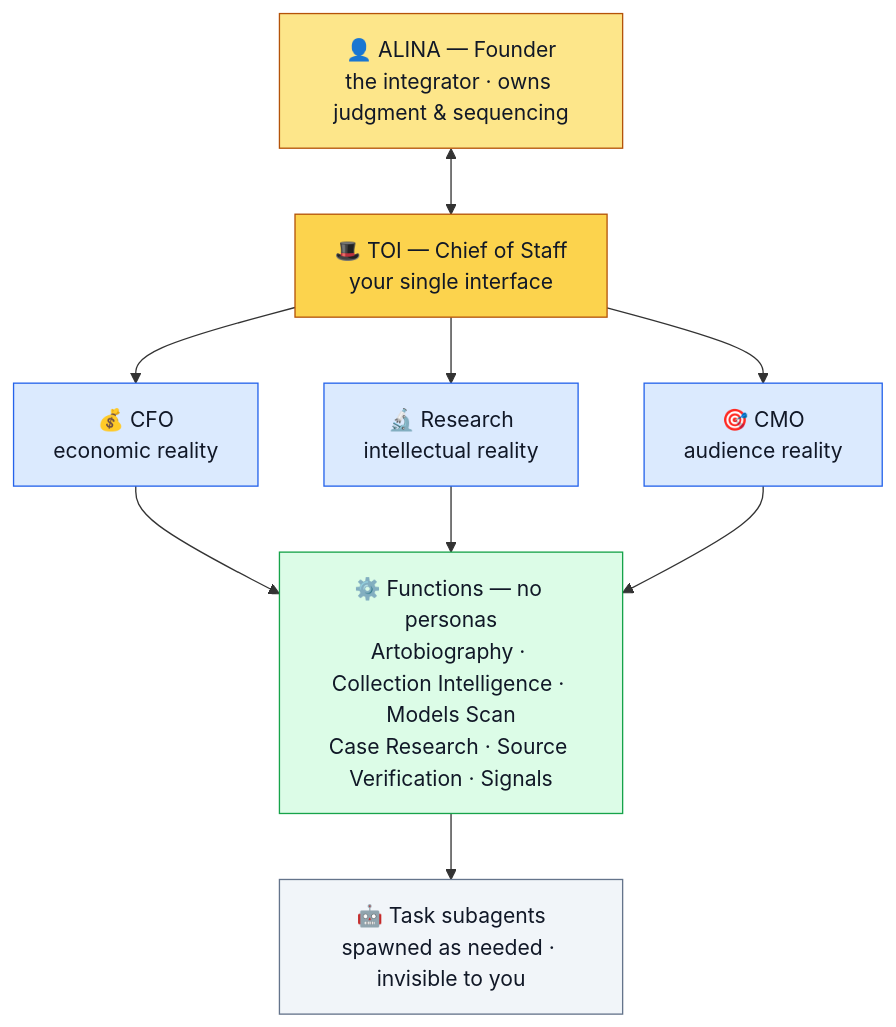
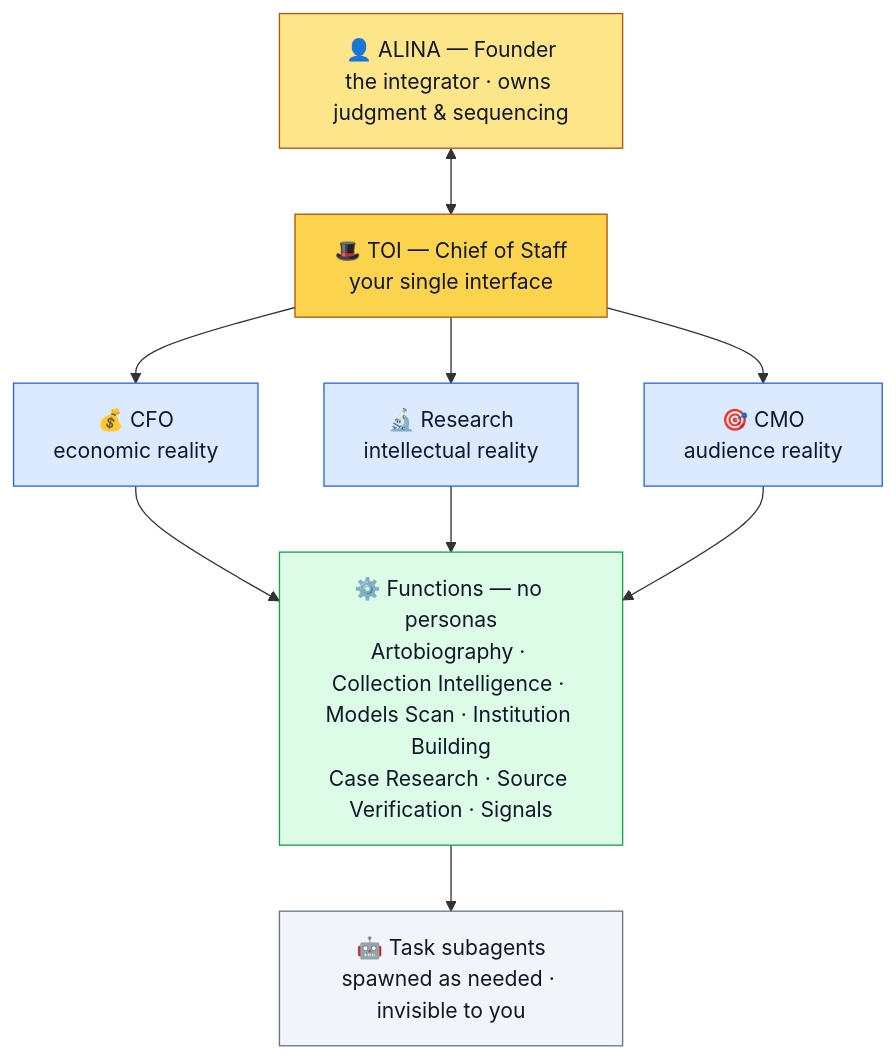
The diagram in company/executive-model.md (alinaokun/nariway-art), drawn with Mermaid before and after one commit. The commit also changed other lines of this file and 5 other files, not shown here.

First line of the commit message:
Add Institution Building function (frame + decision/knowledge/specialist maps)

````diff
--- a/company/executive-model.md
+++ b/company/executive-model.md
@@ -7,30 +7,30 @@
 ```mermaid
 flowchart TD
     A["👤 ALINA — Founder<br/>the integrator · owns judgment & sequencing"]
     ALF["🎩 TOI — Chief of Staff<br/>your single interface"]
     CFO["💰 CFO<br/>economic reality"]
     RES["🔬 Research<br/>intellectual reality"]
     CMO["🎯 CMO<br/>audience reality"]
-    FUN["⚙️ Functions — no personas<br/>Artobiography · Collection Intelligence · Models Scan<br/>Case Research · Source Verification · Signals"]
+    FUN["⚙️ Functions — no personas<br/>Artobiography · Collection Intelligence · Models Scan · Institution Building<br/>Case Research · Source Verification · Signals"]
     SUB["🤖 Task subagents<br/>spawned as needed · invisible to you"]
 
     A <--> ALF
     ALF --> CFO
     ALF --> RES
     ALF --> CMO
     CFO --> FUN
     RES --> FUN
     CMO --> FUN
     FUN --> SUB
 
     classDef founder fill:#fde68a,stroke:#b45309,color:#111827;
     classDef cos fill:#fcd34d,stroke:#b45309,color:#111827;
     classDef lens fill:#dbeafe,stroke:#2563eb,color:#111827;
     classDef fun fill:#dcfce7,stroke:#16a34a,color:#111827;
     classDef sub fill:#f1f5f9,stroke:#64748b,color:#111827;
     class A founder;
     class ALF cos;
     class CFO,RES,CMO lens;
     class FUN fun;
     class SUB sub;
 ```
````
